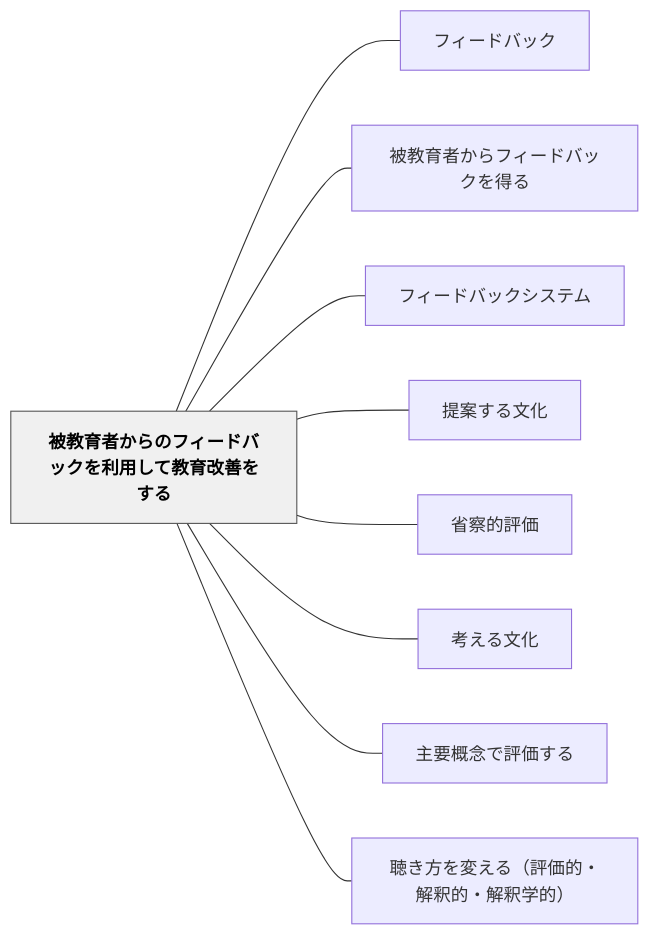
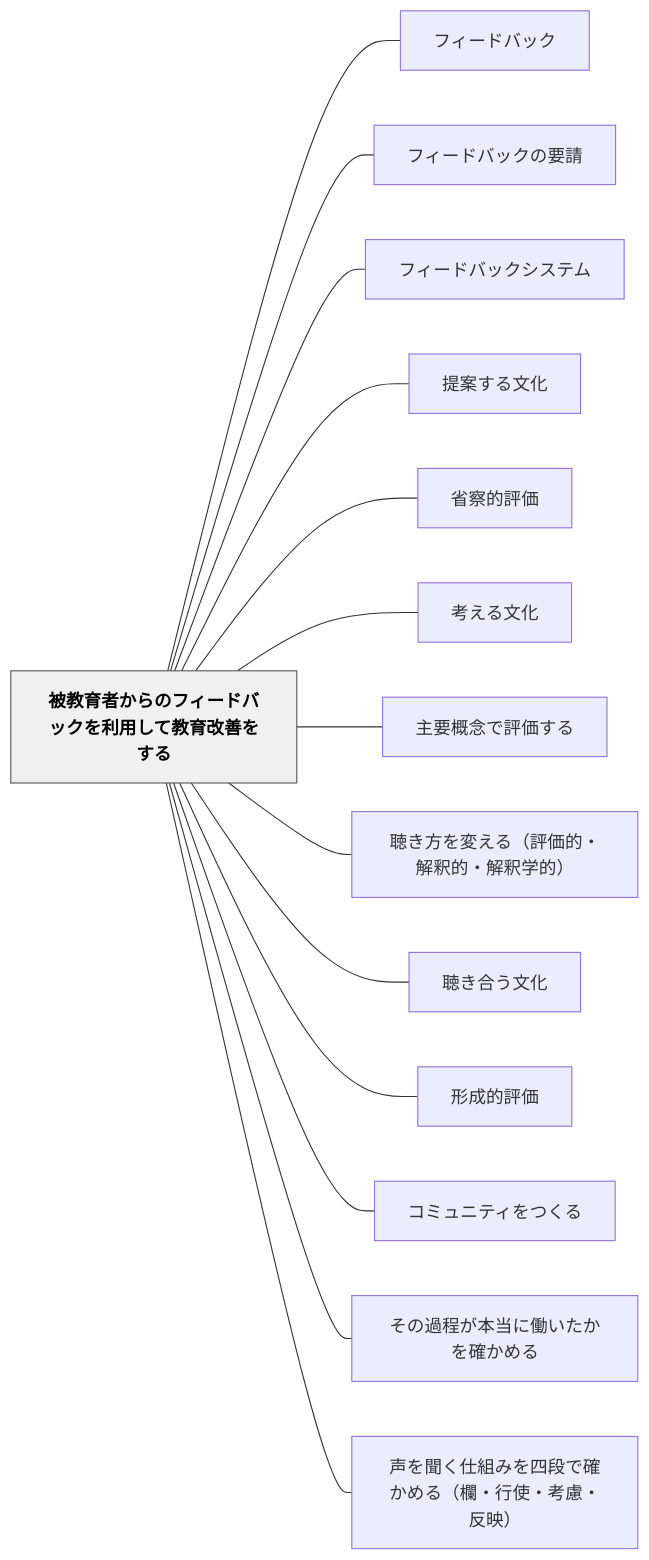
One commit to unknownthings-ed-patterns/unknownthings-ed-patterns changed the diagram in content/パタン/被教育者からのフィードバックを利用して教育改善をする.md. Above: the diagram before and after it, drawn with Mermaid. The commit also changed other lines of this file and 32 other files, not shown here.

````diff
--- a/content/パタン/被教育者からのフィードバックを利用して教育改善をする.md
+++ b/content/パタン/被教育者からのフィードバックを利用して教育改善をする.md
@@ -45,24 +78,34 @@
 ```mermaid
 flowchart LR
     ne8a2abe69599e882b2e88085e3818be38289e381aee38395e382a3e383bce38389e38390e38383e382afe38292e588a9e794a8e38197e381a6e69599e882b2e694b9e59684e38292e38199e3828b["被教育者からのフィードバックを利用して教育改善をする"]
     ne38395e382a3e383bce38389e38390e38383e382af["フィードバック"]
-    ne8a2abe69599e882b2e88085e3818be38289e38395e382a3e383bce38389e38390e38383e382afe38292e5be97e3828b["被教育者からフィードバックを得る"]
+    ne38395e382a3e383bce38389e38390e38383e382afe381aee8a681e8ab8b["フィードバックの要請"]
     ne38395e382a3e383bce38389e38390e38383e382afe382b7e382b9e38386e383a0["フィードバックシステム"]
     ne68f90e6a188e38199e3828be69687e58c96["提案する文化"]
     ne79c81e5af9fe79a84e8a995e4bea1["省察的評価"]
     ne88083e38188e3828be69687e58c96["考える文化"]
     ne4b8bbe8a681e6a682e5bfb5e381a7e8a995e4bea1e38199e3828b["主要概念で評価する"]
     ne881b4e3818de696b9e38292e5a489e38188e3828befbc88e8a995e4bea1e79a84e383bbe8a7a3e98788e79a84e383bbe8a7a3e98788e5ada6e79a84efbc89["聴き方を変える（評価的・解釈的・解釈学的）"]
+    ne881b4e3818de59088e38186e69687e58c96["聴き合う文化"]
+    ne5bda2e68890e79a84e8a995e4bea1["形成的評価"]
+    ne382b3e3839fe383a5e3838be38386e382a3e38292e381a4e3818fe3828b["コミュニティをつくる"]
+    ne3819de381aee9818ee7a88be3818ce69cace5bd93e381abe5838de38184e3819fe3818be38292e7a2bae3818be38281e3828b["その過程が本当に働いたかを確かめる"]
+    ne5a3b0e38292e8819ee3818fe4bb95e7b584e381bfe38292e59b9be6aeb5e381a7e7a2bae3818be38281e3828befbc88e6ac84e383bbe8a18ce4bdbfe383bbe88083e685aee383bbe58f8de698a0efbc89["声を聞く仕組みを四段で確かめる（欄・行使・考慮・反映）"]
 
     ne8a2abe69599e882b2e88085e3818be38289e381aee38395e382a3e383bce38389e38390e38383e382afe38292e588a9e794a8e38197e381a6e69599e882b2e694b9e59684e38292e38199e3828b --- ne38395e382a3e383bce38389e38390e38383e382af
-    ne8a2abe69599e882b2e88085e3818be38289e381aee38395e382a3e383bce38389e38390e38383e382afe38292e588a9e794a8e38197e381a6e69599e882b2e694b9e59684e38292e38199e3828b --- ne8a2abe69599e882b2e88085e3818be38289e38395e382a3e383bce38389e38390e38383e382afe38292e5be97e3828b
+    ne8a2abe69599e882b2e88085e3818be38289e381aee38395e382a3e383bce38389e38390e38383e382afe38292e588a9e794a8e38197e381a6e69599e882b2e694b9e59684e38292e38199e3828b --- ne38395e382a3e383bce38389e38390e38383e382afe381aee8a681e8ab8b
     ne8a2abe69599e882b2e88085e3818be38289e381aee38395e382a3e383bce38389e38390e38383e382afe38292e588a9e794a8e38197e381a6e69599e882b2e694b9e59684e38292e38199e3828b --- ne38395e382a3e383bce38389e38390e38383e382afe382b7e382b9e38386e383a0
     ne8a2abe69599e882b2e88085e3818be38289e381aee38395e382a3e383bce38389e38390e38383e382afe38292e588a9e794a8e38197e381a6e69599e882b2e694b9e59684e38292e38199e3828b --- ne68f90e6a188e38199e3828be69687e58c96
     ne8a2abe69599e882b2e88085e3818be38289e381aee38395e382a3e383bce38389e38390e38383e382afe38292e588a9e794a8e38197e381a6e69599e882b2e694b9e59684e38292e38199e3828b --- ne79c81e5af9fe79a84e8a995e4bea1
     ne8a2abe69599e882b2e88085e3818be38289e381aee38395e382a3e383bce38389e38390e38383e382afe38292e588a9e794a8e38197e381a6e69599e882b2e694b9e59684e38292e38199e3828b --- ne88083e38188e3828be69687e58c96
     ne8a2abe69599e882b2e88085e3818be38289e381aee38395e382a3e383bce38389e38390e38383e382afe38292e588a9e794a8e38197e381a6e69599e882b2e694b9e59684e38292e38199e3828b --- ne4b8bbe8a681e6a682e5bfb5e381a7e8a995e4bea1e38199e3828b
     ne8a2abe69599e882b2e88085e3818be38289e381aee38395e382a3e383bce38389e38390e38383e382afe38292e588a9e794a8e38197e381a6e69599e882b2e694b9e59684e38292e38199e3828b --- ne881b4e3818de696b9e38292e5a489e38188e3828befbc88e8a995e4bea1e79a84e383bbe8a7a3e98788e79a84e383bbe8a7a3e98788e5ada6e79a84efbc89
+    ne8a2abe69599e882b2e88085e3818be38289e381aee38395e382a3e383bce38389e38390e38383e382afe38292e588a9e794a8e38197e381a6e69599e882b2e694b9e59684e38292e38199e3828b --- ne881b4e3818de59088e38186e69687e58c96
+    ne8a2abe69599e882b2e88085e3818be38289e381aee38395e382a3e383bce38389e38390e38383e382afe38292e588a9e794a8e38197e381a6e69599e882b2e694b9e59684e38292e38199e3828b --- ne5bda2e68890e79a84e8a995e4bea1
+    ne8a2abe69599e882b2e88085e3818be38289e381aee38395e382a3e383bce38389e38390e38383e382afe38292e588a9e794a8e38197e381a6e69599e882b2e694b9e59684e38292e38199e3828b --- ne382b3e3839fe383a5e3838be38386e382a3e38292e381a4e3818fe3828b
+    ne8a2abe69599e882b2e88085e3818be38289e381aee38395e382a3e383bce38389e38390e38383e382afe38292e588a9e794a8e38197e381a6e69599e882b2e694b9e59684e38292e38199e3828b --- ne3819de381aee9818ee7a88be3818ce69cace5bd93e381abe5838de38184e3819fe3818be38292e7a2bae3818be38281e3828b
+    ne8a2abe69599e882b2e88085e3818be38289e381aee38395e382a3e383bce38389e38390e38383e382afe38292e588a9e794a8e38197e381a6e69599e882b2e694b9e59684e38292e38199e3828b --- ne5a3b0e38292e8819ee3818fe4bb95e7b584e381bfe38292e59b9be6aeb5e381a7e7a2bae3818be38281e3828befbc88e6ac84e383bbe8a18ce4bdbfe383bbe88083e685aee383bbe58f8de698a0efbc89
 
     classDef hub fill:#f0f0f0,stroke:#555,color:#000,font-weight:bold
     class ne8a2abe69599e882b2e88085e3818be38289e381aee38395e382a3e383bce38389e38390e38383e382afe38292e588a9e794a8e38197e381a6e69599e882b2e694b9e59684e38292e38199e3828b hub
 ```
````
